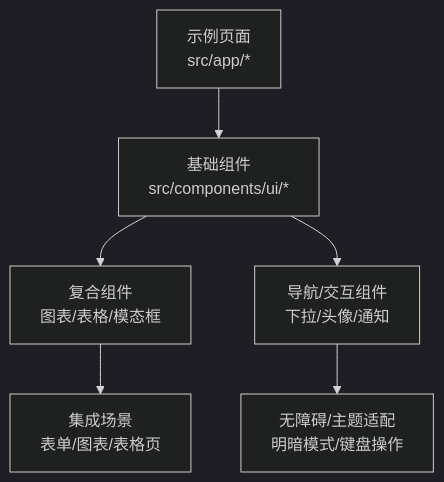
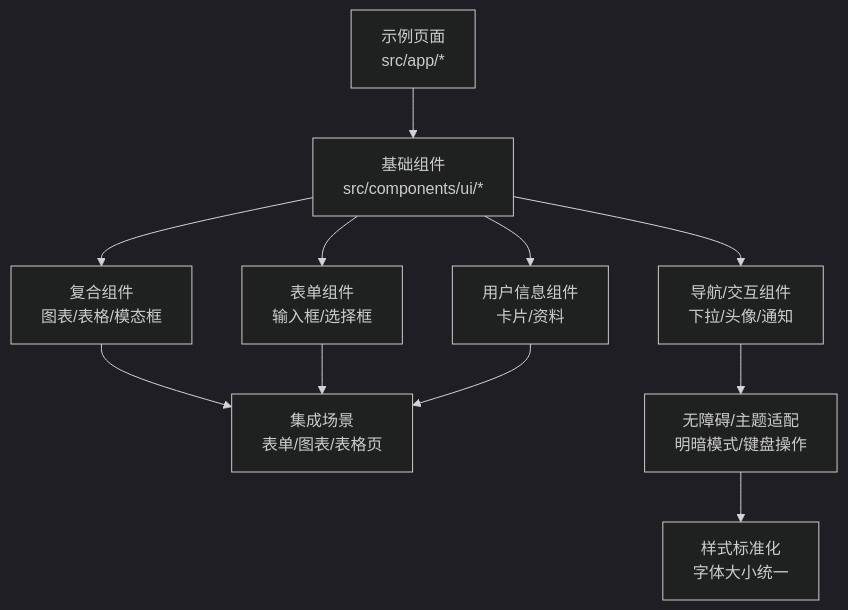
One commit to HAOFUYANG/nextjs-admin changed the second of 18 diagrams in .qoder/repowiki/zh/content/UI 组件库/UI 组件库.md. Above: the diagram before and after it, drawn with Mermaid (dark theme). The commit also changed other lines of this file and 15 other files, not shown here.

````diff
--- a/.qoder/repowiki/zh/content/UI 组件库/UI 组件库.md
+++ b/.qoder/repowiki/zh/content/UI 组件库/UI 组件库.md
@@ -144,8 +148,13 @@
 ```mermaid
 graph TB
 A["示例页面<br/>src/app/*"] --> B["基础组件<br/>src/components/ui/*"]
 B --> C["复合组件<br/>图表/表格/模态框"]
 B --> D["导航/交互组件<br/>下拉/头像/通知"]
-C --> E["集成场景<br/>表单/图表/表格页"]
-D --> F["无障碍/主题适配<br/>明暗模式/键盘操作"]
+B --> E["表单组件<br/>输入框/选择框"]
+B --> F["用户信息组件<br/>卡片/资料"]
+C --> G["集成场景<br/>表单/图表/表格页"]
+D --> H["无障碍/主题适配<br/>明暗模式/键盘操作"]
+E --> G
+F --> G
+H --> I["样式标准化<br/>字体大小统一"]
 ```
````
